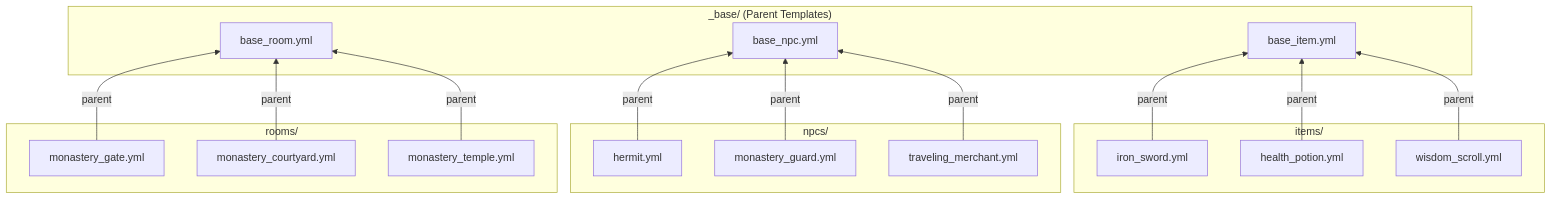
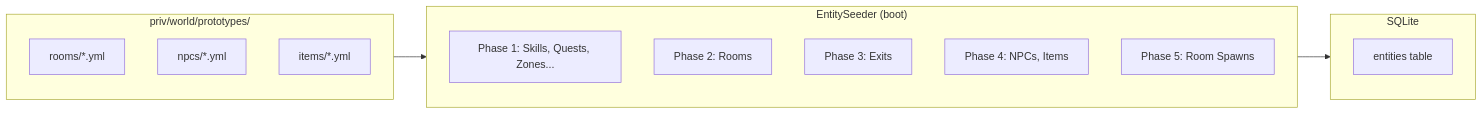
The eighth of 9 diagrams in docs/architecture/diagrams.md (lorecrafting/lokacore), drawn with Mermaid before and after one commit. The commit also changed other lines of this file and 15 other files, not shown here.

Commit message:
docs: update architecture docs, add barren design docs and temp notes

````diff
--- a/docs/architecture/diagrams.md
+++ b/docs/architecture/diagrams.md
@@ -374,38 +374,22 @@
 ```mermaid
-flowchart BT
-    subgraph Base["_base/ (Parent Templates)"]
-        BaseRoom["base_room.yml"]
-        BaseNPC["base_npc.yml"]
-        BaseItem["base_item.yml"]
+flowchart LR
+    subgraph YAML["priv/world/prototypes/"]
+        Rooms["rooms/*.yml"]
+        NPCs["npcs/*.yml"]
+        Items["items/*.yml"]
     end
 
-    subgraph Rooms["rooms/"]
-        Monastery["monastery_gate.yml"]
-        Courtyard["monastery_courtyard.yml"]
-        Temple["monastery_temple.yml"]
+    subgraph Seeder["EntitySeeder (boot)"]
+        P1["Phase 1: Skills, Quests, Zones..."]
+        P2["Phase 2: Rooms"]
+        P3["Phase 3: Exits"]
+        P4["Phase 4: NPCs, Items"]
+        P5["Phase 5: Room Spawns"]
     end
 
-    subgraph NPCs["npcs/"]
-        Hermit["hermit.yml"]
-        Guard["monastery_guard.yml"]
-        Merchant["traveling_merchant.yml"]
+    subgraph DB["SQLite"]
+        Entities["entities table"]
     end
 
-    subgraph Items["items/"]
-        Sword["iron_sword.yml"]
-        Potion["health_potion.yml"]
-        Scroll["wisdom_scroll.yml"]
-    end
-
-    Monastery -->|parent| BaseRoom
-    Courtyard -->|parent| BaseRoom
-    Temple -->|parent| BaseRoom
-
-    Hermit -->|parent| BaseNPC
-    Guard -->|parent| BaseNPC
-    Merchant -->|parent| BaseNPC
-
-    Sword -->|parent| BaseItem
-    Potion -->|parent| BaseItem
-    Scroll -->|parent| BaseItem
+    YAML --> Seeder --> DB
 ```
````
